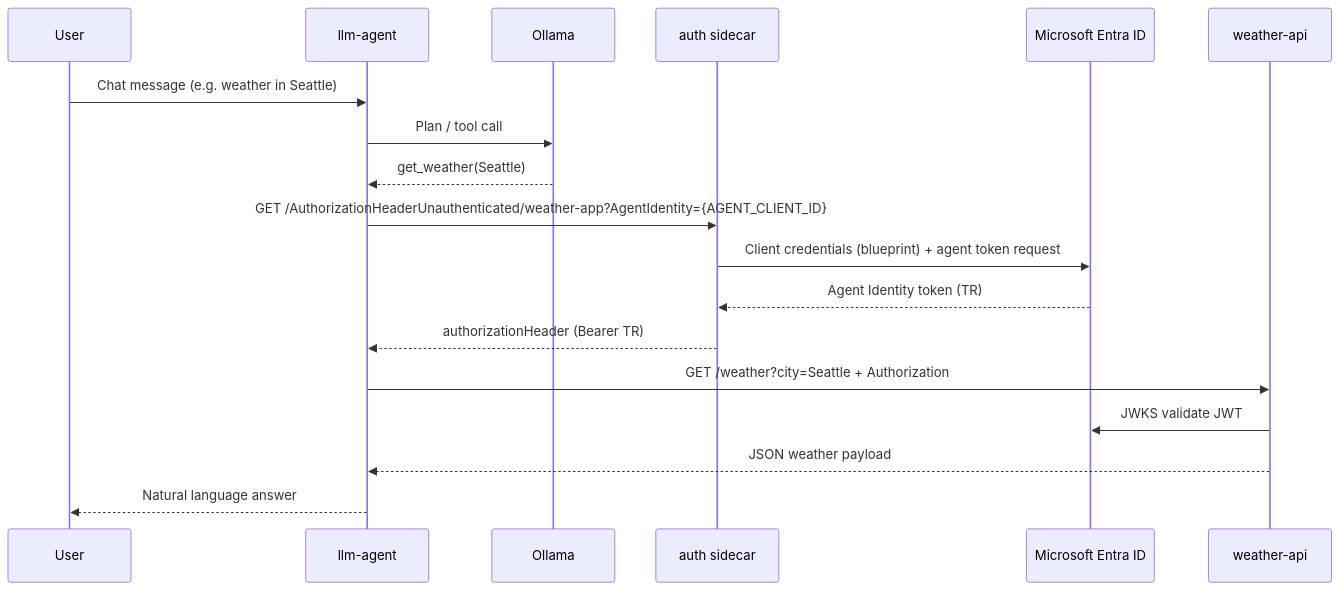
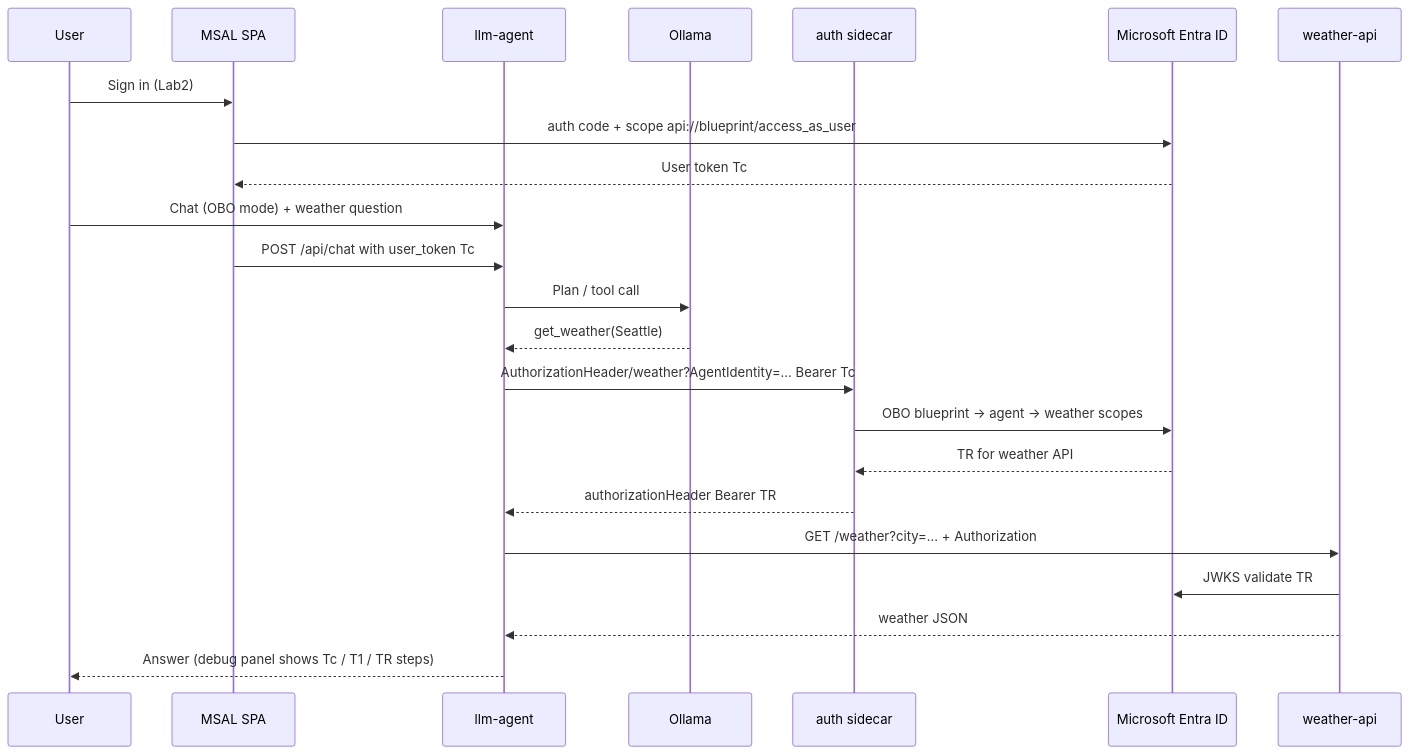
Before and after one commit to baoqger/entra-agent-id-sidecar-lab: the diagram in Lab2/sidecar/README.md, drawn with Mermaid. The commit also changed other lines of this file and 4 other files, not shown here.

````diff
--- a/Lab2/sidecar/README.md
+++ b/Lab2/sidecar/README.md
@@ -97,21 +63,26 @@
 ```mermaid
 sequenceDiagram
     participant User
+    participant Browser as MSAL SPA
     participant LLM as llm-agent
     participant Ollama
     participant Sidecar as auth sidecar
     participant Entra as Microsoft Entra ID
     participant API as weather-api
 
-    User->>LLM: Chat message (e.g. weather in Seattle)
+    User->>Browser: Sign in (Lab2)
+    Browser->>Entra: auth code + scope api://blueprint/access_as_user
+    Entra-->>Browser: User token Tc
+    User->>LLM: Chat (OBO mode) + weather question
+  Browser->>LLM: POST /api/chat with user_token Tc
     LLM->>Ollama: Plan / tool call
     Ollama-->>LLM: get_weather(Seattle)
-    LLM->>Sidecar: GET /AuthorizationHeaderUnauthenticated/weather-app?AgentIdentity={AGENT_CLIENT_ID}
-    Sidecar->>Entra: Client credentials (blueprint) + agent token request
-    Entra-->>Sidecar: Agent Identity token (TR)
-    Sidecar-->>LLM: authorizationHeader (Bearer TR)
-    LLM->>API: GET /weather?city=Seattle + Authorization
-    API->>Entra: JWKS validate JWT
-    API-->>LLM: JSON weather payload
-    LLM-->>User: Natural language answer
+    LLM->>Sidecar: AuthorizationHeader/weather?AgentIdentity=... Bearer Tc
+    Sidecar->>Entra: OBO blueprint → agent → weather scopes
+    Entra-->>Sidecar: TR for weather API
+    Sidecar-->>LLM: authorizationHeader Bearer TR
+    LLM->>API: GET /weather?city=... + Authorization
+    API->>Entra: JWKS validate TR
+    API-->>LLM: weather JSON
+    LLM-->>User: Answer (debug panel shows Tc / T1 / TR steps)
 ```
````
